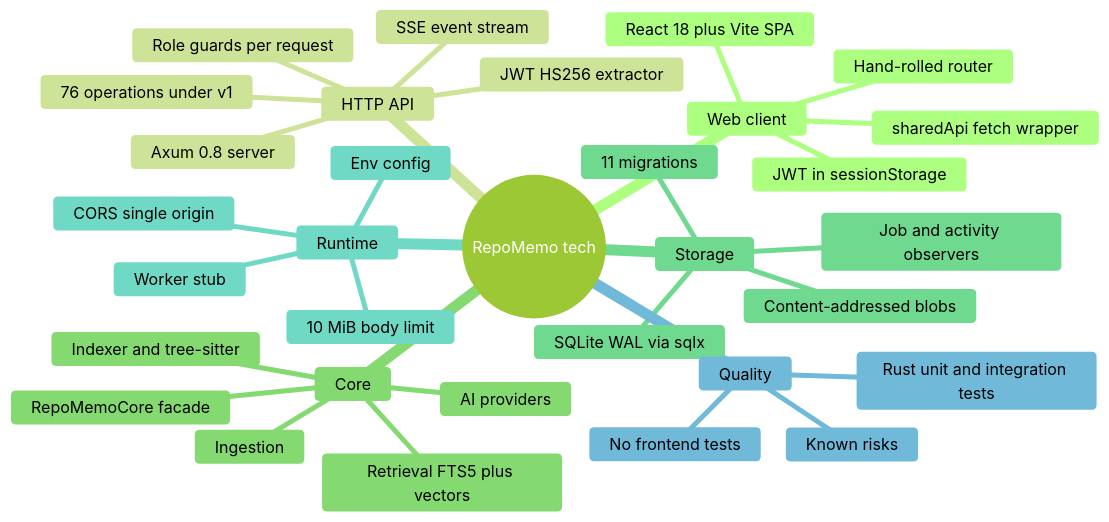
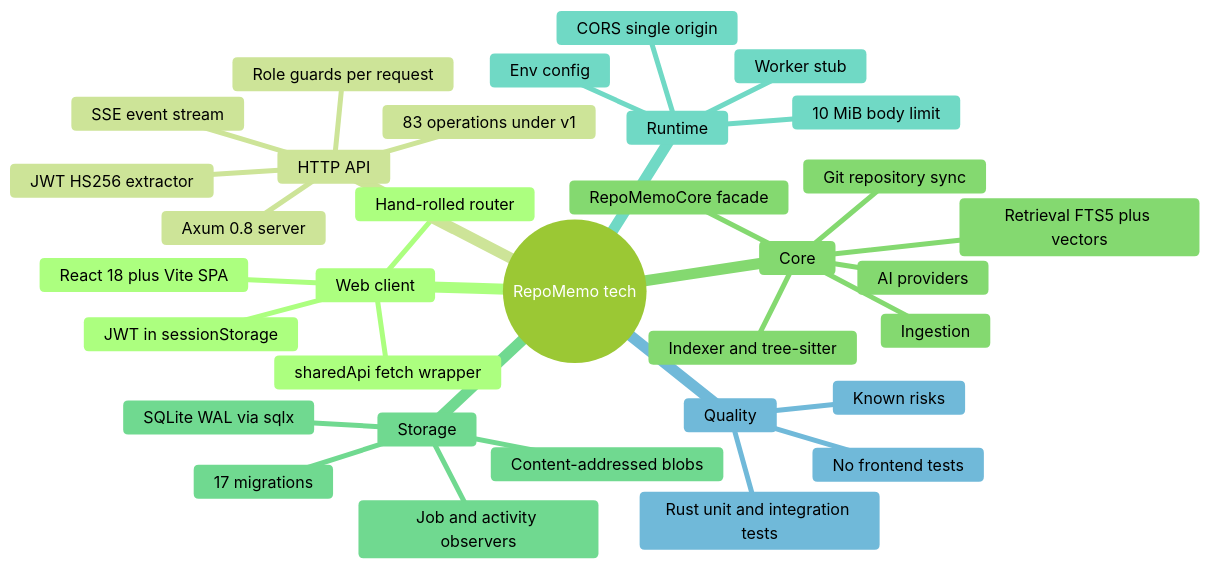
The first of 6 diagrams in mindmap/TECHNICAL_MINDMAP.md (winksen/RepoMemo), drawn with Mermaid (forest theme) before and after one commit. The commit also changed other lines of this file and 27 other files, not shown here.

````diff
--- a/mindmap/TECHNICAL_MINDMAP.md
+++ b/mindmap/TECHNICAL_MINDMAP.md
@@ -11,35 +11,36 @@
 ```mermaid
 mindmap
   root((RepoMemo tech))
     Web client
       React 18 plus Vite SPA
       Hand-rolled router
       sharedApi fetch wrapper
       JWT in sessionStorage
     HTTP API
       Axum 0.8 server
-      76 operations under v1
+      83 operations under v1
       JWT HS256 extractor
       Role guards per request
       SSE event stream
     Core
       RepoMemoCore facade
       Ingestion
       Indexer and tree-sitter
       Retrieval FTS5 plus vectors
+      Git repository sync
       AI providers
     Storage
       SQLite WAL via sqlx
-      11 migrations
+      17 migrations
       Content-addressed blobs
       Job and activity observers
     Runtime
       Env config
       CORS single origin
       10 MiB body limit
       Worker stub
     Quality
       Rust unit and integration tests
       No frontend tests
       Known risks
 ```
````
